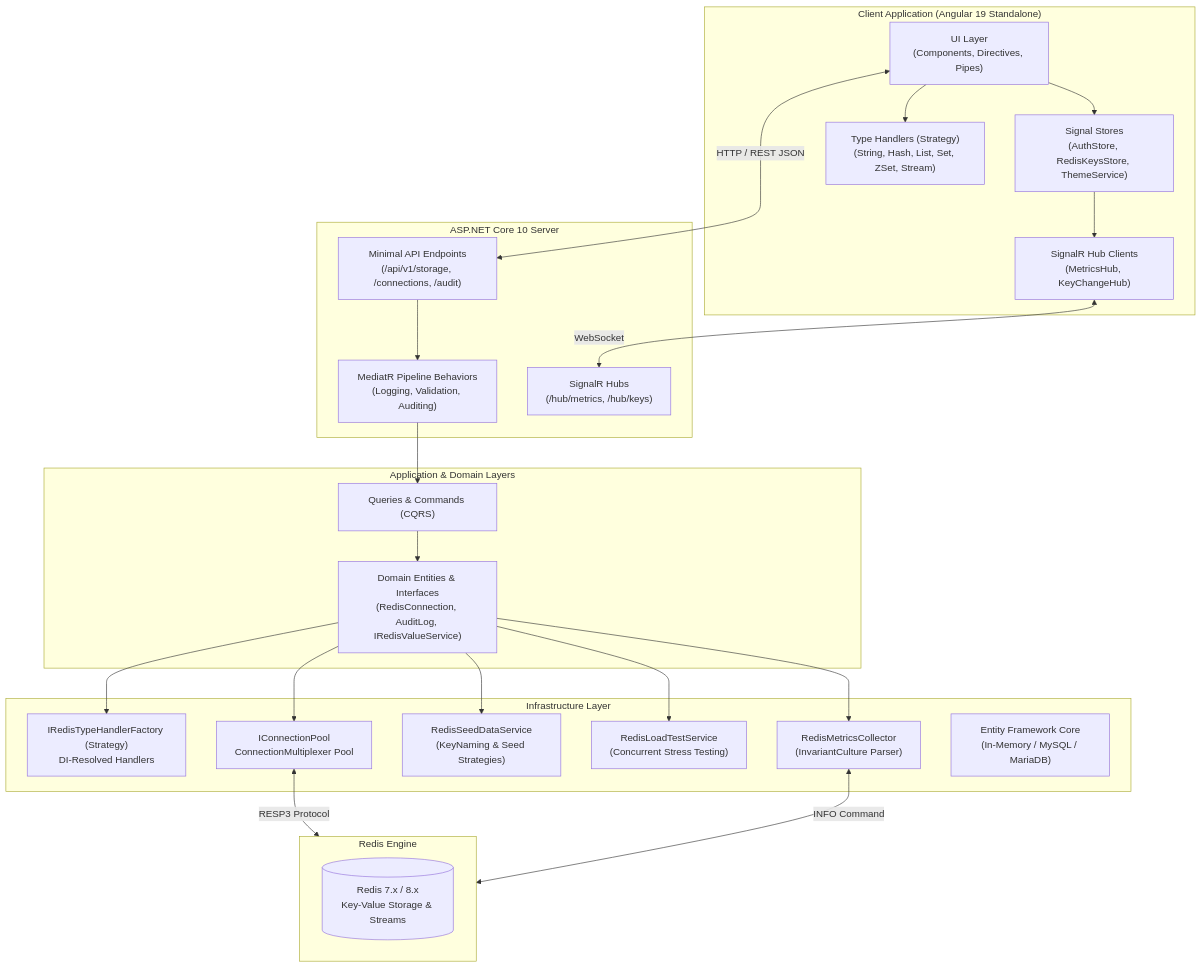
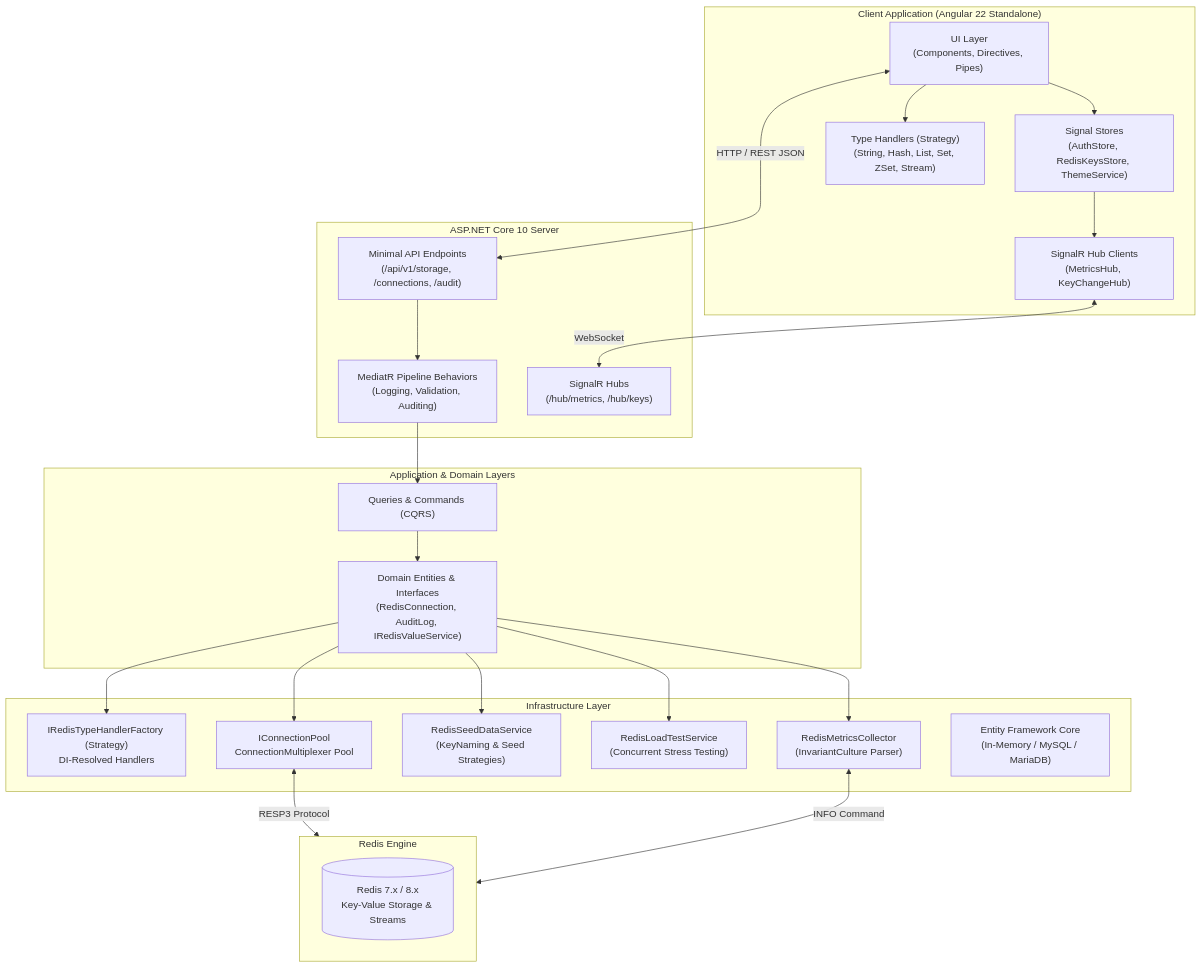
One commit to dellik95/redis-gui changed the first of 3 diagrams in docs/architecture.md. Above: the diagram before and after it, drawn with Mermaid. The commit also changed other lines of this file and 108 other files, not shown here.

````diff
--- a/docs/architecture.md
+++ b/docs/architecture.md
@@ -18,50 +18,50 @@
 ```mermaid
 flowchart TD
-    subgraph Browser ["Client Application (Angular 19 Standalone)"]
+    subgraph Browser ["Client Application (Angular 22 Standalone)"]
         UI["UI Layer\n(Components, Directives, Pipes)"]
         SignalStore["Signal Stores\n(AuthStore, RedisKeysStore, ThemeService)"]
         Handlers["Type Handlers (Strategy)\n(String, Hash, List, Set, ZSet, Stream)"]
         SignalRClient["SignalR Hub Clients\n(MetricsHub, KeyChangeHub)"]
         UI --> SignalStore
         UI --> Handlers
         SignalStore --> SignalRClient
     end
 
     subgraph API ["ASP.NET Core 10 Server"]
         Endpoints["Minimal API Endpoints\n(/api/v1/storage, /connections, /audit)"]
         Pipeline["MediatR Pipeline Behaviors\n(Logging, Validation, Auditing)"]
         Hubs["SignalR Hubs\n(/hub/metrics, /hub/keys)"]
         Endpoints --> Pipeline
     end
 
     subgraph AppCore ["Application & Domain Layers"]
         Queries["Queries & Commands (CQRS)"]
         Domain["Domain Entities & Interfaces\n(RedisConnection, AuditLog, IRedisValueService)"]
         Pipeline --> Queries
         Queries --> Domain
     end
 
     subgraph Infra ["Infrastructure Layer"]
         TypeFactory["IRedisTypeHandlerFactory (Strategy)\nDI-Resolved Handlers"]
         ConnPool["IConnectionPool\nConnectionMultiplexer Pool"]
         Seeder["RedisSeedDataService\n(KeyNaming & Seed Strategies)"]
         LoadTester["RedisLoadTestService\n(Concurrent Stress Testing)"]
         MetricsCollector["RedisMetricsCollector\n(InvariantCulture Parser)"]
         EF["Entity Framework Core\n(In-Memory / MySQL / MariaDB)"]
         
         Domain --> TypeFactory
         Domain --> ConnPool
         Domain --> Seeder
         Domain --> LoadTester
         Domain --> MetricsCollector
     end
 
     subgraph RedisServer ["Redis Engine"]
         RedisDB[("Redis 7.x / 8.x\nKey-Value Storage & Streams")]
     end
 
     SignalRClient <-->|WebSocket| Hubs
     UI <-->|HTTP / REST JSON| Endpoints
     ConnPool <-->|RESP3 Protocol| RedisServer
     MetricsCollector <-->|INFO Command| RedisServer
 ```
````
